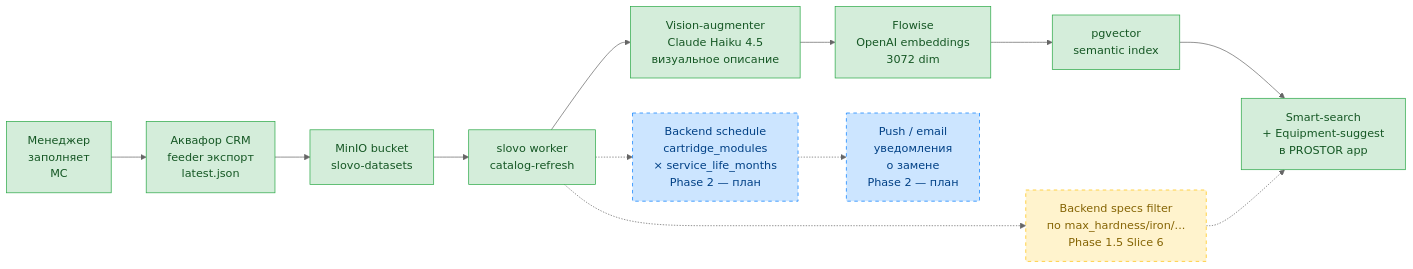
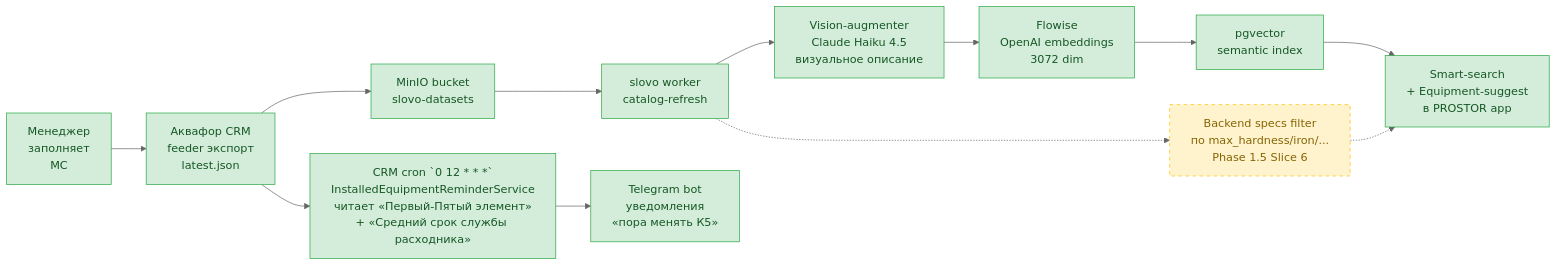
The diagram in docs/management/erp-product-card-guidelines.md (Pelmenya/slovo), drawn with Mermaid (neutral theme) before and after one commit. The commit also changed other lines of this file, not shown here.

First line of the commit message:
docs(erp-guide v1.1): sync атрибуты с реальным CRM кодом

````diff
--- a/docs/management/erp-product-card-guidelines.md
+++ b/docs/management/erp-product-card-guidelines.md
@@ -819,21 +879,19 @@
 ```mermaid
 flowchart LR
     A[Менеджер<br/>заполняет<br/>МС] --> B[Аквафор CRM<br/>feeder экспорт<br/>latest.json]
     B --> C[MinIO bucket<br/>slovo-datasets]
     C --> D[slovo worker<br/>catalog-refresh]
     D --> E[Vision-augmenter<br/>Claude Haiku 4.5<br/>визуальное описание]
     E --> F[Flowise<br/>OpenAI embeddings<br/>3072 dim]
     F --> G[pgvector<br/>semantic index]
     G --> H[Smart-search<br/>+ Equipment-suggest<br/>в PROSTOR app]
     D -.-> I[Backend specs filter<br/>по max_hardness/iron/...<br/>Phase 1.5 Slice 6]
     I -.-> H
-    D -.-> J[Backend schedule<br/>cartridge_modules<br/>× service_life_months<br/>Phase 2 — план]
-    J -.-> K[Push / email<br/>уведомления<br/>о замене<br/>Phase 2 — план]
+    B --> M[CRM cron `0 12 * * *`<br/>InstalledEquipmentReminderService<br/>читает «Первый-Пятый элемент»<br/>+ «Средний срок службы расходника»]
+    M --> N[Telegram bot<br/>уведомления<br/>«пора менять К5»]
 
     classDef phase1 fill:#d4edda,stroke:#28a745,color:#155724
     classDef phase15 fill:#fff3cd,stroke:#ffc107,color:#856404,stroke-dasharray: 5 5
-    classDef phase2 fill:#cce5ff,stroke:#007bff,color:#004085,stroke-dasharray: 5 5
-    class A,B,C,D,E,F,G,H phase1
+    class A,B,C,D,E,F,G,H,M,N phase1
     class I phase15
-    class J,K phase2
 ```
````
